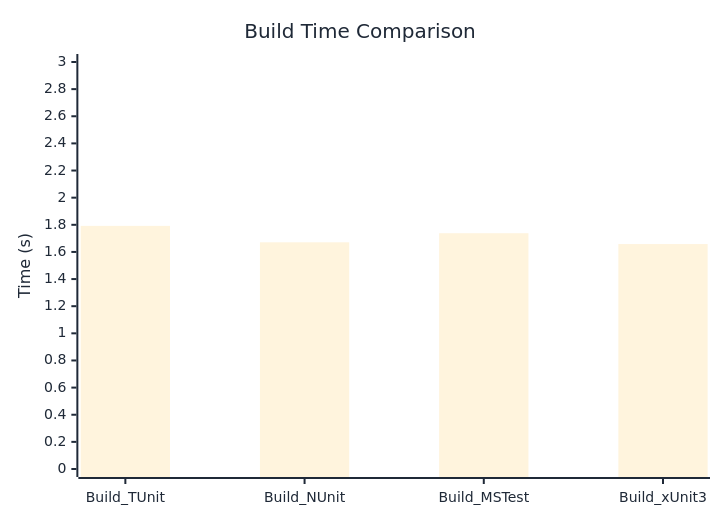
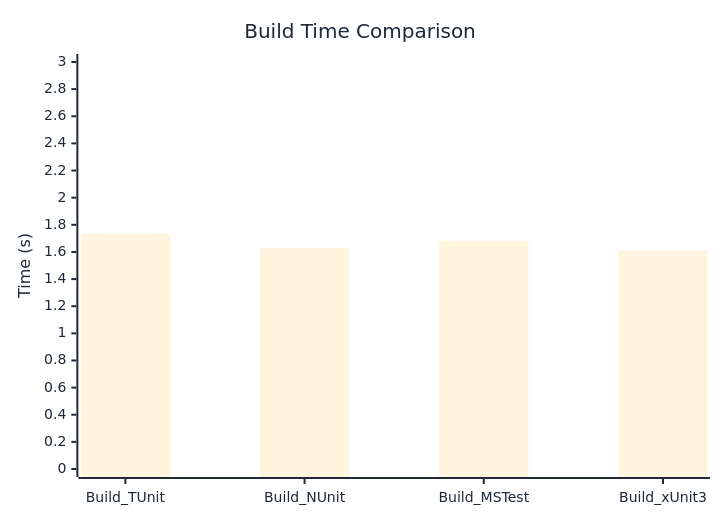
One commit to thomhurst/TUnit changed the diagram in docs/docs/benchmarks/BuildTime.md. Above: the diagram before and after it, drawn with Mermaid. The commit also changed other lines of this file and 17 other files, not shown here.

````diff
--- a/docs/docs/benchmarks/BuildTime.md
+++ b/docs/docs/benchmarks/BuildTime.md
@@ -28,37 +28,37 @@
 ```mermaid
 %%{init: {
   'theme':'base',
   'themeVariables': {
     'primaryColor': '#2563eb',
     'primaryTextColor': '#1f2937',
     'primaryBorderColor': '#1e40af',
     'lineColor': '#6b7280',
     'secondaryColor': '#7c3aed',
     'tertiaryColor': '#dc2626',
     'background': '#ffffff',
     'mainBkg': '#2563eb',
     'secondBkg': '#7c3aed',
     'tertiaryBkg': '#dc2626',
     'clusterBkg': '#f3f4f6',
     'edgeLabelBackground': '#ffffff',
     'tertiaryTextColor': '#1f2937',
     'pie1': '#2563eb',
     'pie2': '#7c3aed',
     'pie3': '#dc2626',
     'pie4': '#f59e0b',
     'pie5': '#10b981',
     'pie6': '#06b6d4',
     'pie7': '#ec4899',
     'pie8': '#6366f1',
     'pie9': '#84cc16',
     'pie10': '#f97316',
     'pie11': '#14b8a6',
     'pie12': '#a855f7'
   }
 }}%%
 xychart-beta
   title "Build Time Comparison"
   x-axis ["Build_TUnit", "Build_NUnit", "Build_MSTest", "Build_xUnit3"]
   y-axis "Time (s)" 0 --> 3
-  bar [1.792, 1.671, 1.738, 1.658]
+  bar [1.733, 1.627, 1.683, 1.611]
 ```
````
